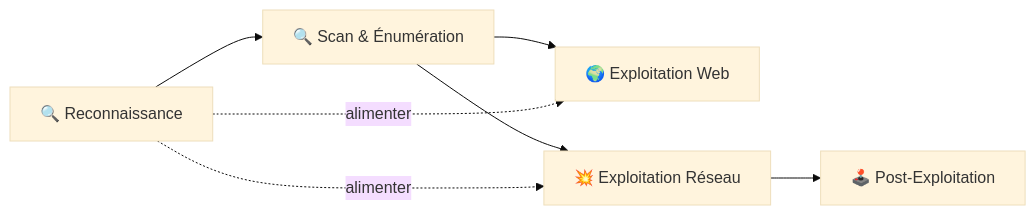
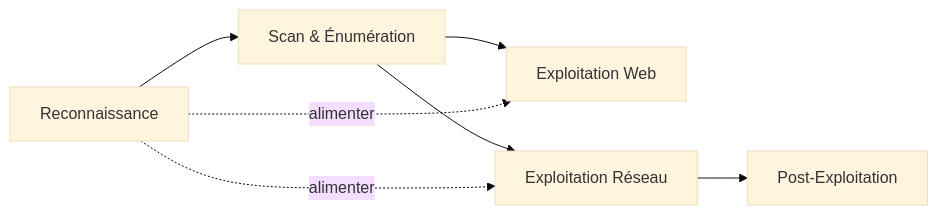
One commit to F0X-hack/foxhack.fr changed the fourth of 8 diagrams in public/offsidian/vault/Cybersécurité Offensive/01 - Reconnaissance.md. Above: the diagram before and after it, drawn with Mermaid (base theme). The commit also changed other lines of this file and 369 other files, not shown here.

````diff
--- a/public/offsidian/vault/Cybersécurité Offensive/01 - Reconnaissance.md
+++ b/public/offsidian/vault/Cybersécurité Offensive/01 - Reconnaissance.md
@@ -59,9 +59,9 @@
 ```mermaid
 flowchart LR
-    A["🔍 Reconnaissance"] --> B["🔍 Scan & Énumération"]
-    B --> C["🌍 Exploitation Web"]
-    B --> D["💥 Exploitation Réseau"]
-    D --> E["🕹️ Post-Exploitation"]
+    A["Reconnaissance"] --> B["Scan & Énumération"]
+    B --> C["Exploitation Web"]
+    B --> D["Exploitation Réseau"]
+    D --> E["Post-Exploitation"]
     A -.->|"alimenter"| C
     A -.->|"alimenter"| D
 ```
````
